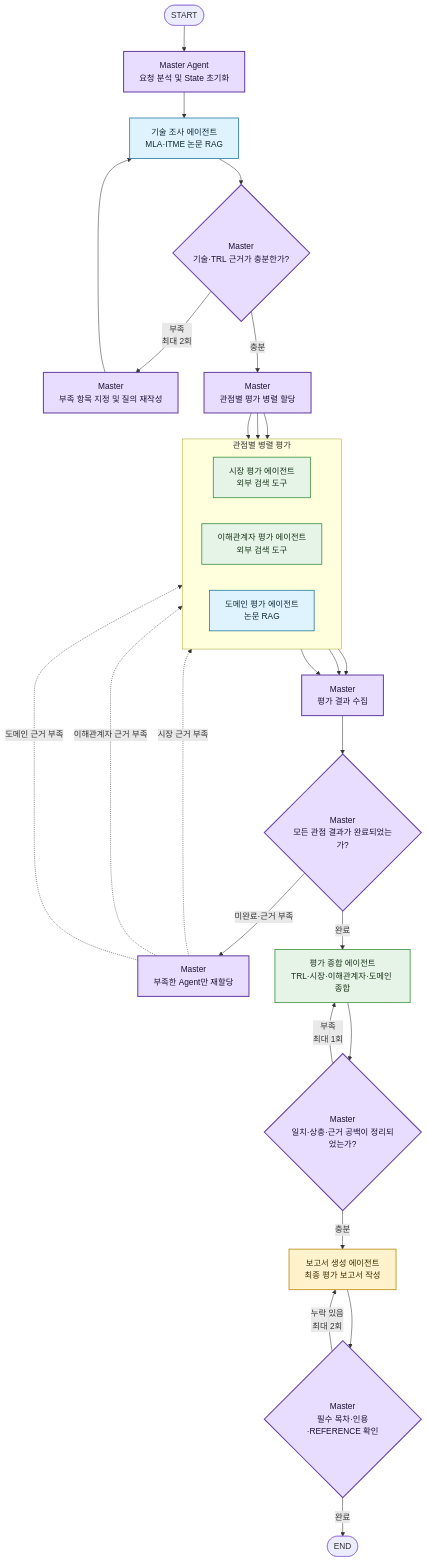
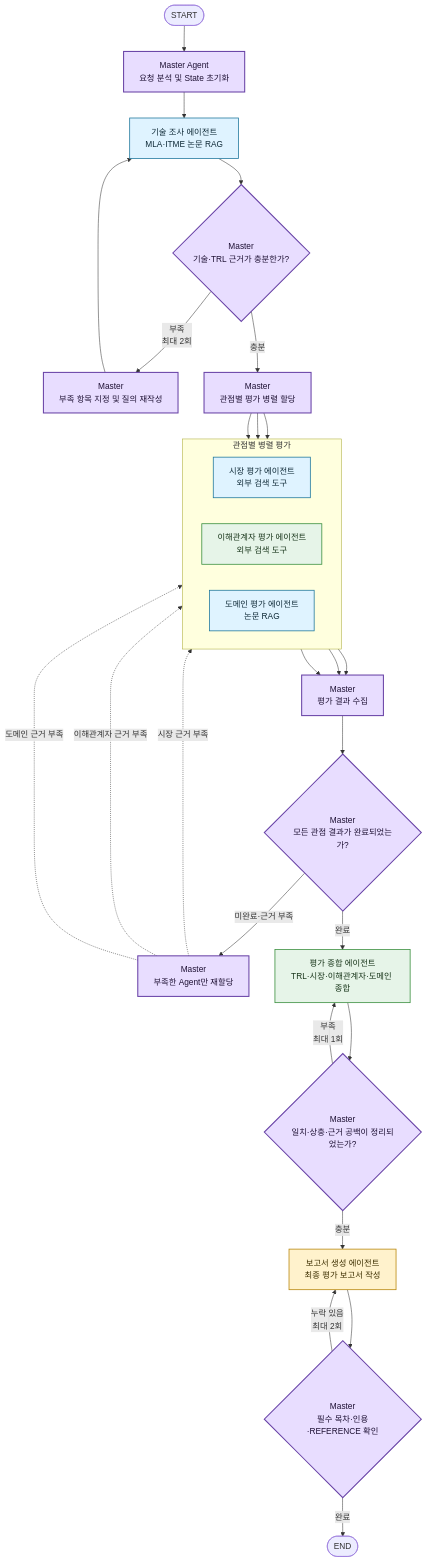
One commit to gyudren/kv-cache-optimization changed the diagram in README.md. Above: the diagram before and after it, drawn with Mermaid. The commit also changed other lines of this file and 63 other files, not shown here.

````diff
--- a/README.md
+++ b/README.md
@@ -46,56 +45,56 @@
 ```mermaid
 flowchart TD
     START([START]) --> SUP_INIT["Master Agent<br/>요청 분석 및 State 초기화"]
 
     SUP_INIT --> TECH["기술 조사 에이전트<br/>MLA·ITME 논문 RAG"]
     TECH --> SUP_TECH{"Master<br/>기술·TRL 근거가 충분한가?"}
 
     SUP_TECH -- "부족<br/>최대 2회" --> QUERY_REWRITE["Master<br/>부족 항목 지정 및 질의 재작성"]
     QUERY_REWRITE --> TECH
 
     SUP_TECH -- "충분" --> SUP_FANOUT["Master<br/>관점별 평가 병렬 할당"]
 
     subgraph PARALLEL["관점별 병렬 평가"]
         direction LR
         MARKET["시장 평가 에이전트<br/>외부 검색 도구"]
         STAKEHOLDER["이해관계자 평가 에이전트<br/>외부 검색 도구"]
         DOMAIN["도메인 평가 에이전트<br/>논문 RAG"]
     end
 
     SUP_FANOUT --> MARKET
     SUP_FANOUT --> STAKEHOLDER
     SUP_FANOUT --> DOMAIN
 
     MARKET --> SUP_JOIN["Master<br/>평가 결과 수집"]
     STAKEHOLDER --> SUP_JOIN
     DOMAIN --> SUP_JOIN
 
     SUP_JOIN --> RESULT_GATE{"Master<br/>모든 관점 결과가 완료되었는가?"}
 
     RESULT_GATE -- "미완료·근거 부족" --> RETRY["Master<br/>부족한 Agent만 재할당"]
     RETRY -. "시장 근거 부족" .-> MARKET
     RETRY -. "이해관계자 근거 부족" .-> STAKEHOLDER
     RETRY -. "도메인 근거 부족" .-> DOMAIN
 
     RESULT_GATE -- "완료" --> SYNTHESIS["평가 종합 에이전트<br/>TRL·시장·이해관계자·도메인 종합"]
 
     SYNTHESIS --> SUP_SYNTHESIS{"Master<br/>일치·상충·근거 공백이 정리되었는가?"}
 
     SUP_SYNTHESIS -- "부족<br/>최대 1회" --> SYNTHESIS
     SUP_SYNTHESIS -- "충분" --> REPORT["보고서 생성 에이전트<br/>최종 평가 보고서 작성"]
 
     REPORT --> SUP_FINAL{"Master<br/>필수 목차·인용·REFERENCE 확인"}
 
     SUP_FINAL -- "누락 있음<br/>최대 2회" --> REPORT
     SUP_FINAL -- "완료" --> END([END])
 
     classDef Master fill:#e8ddff,stroke:#6842a6,stroke-width:2px,color:#1f1235;
     classDef rag fill:#dff3ff,stroke:#20789d,stroke-width:1.5px,color:#102b38;
     classDef evaluation fill:#e6f4e8,stroke:#388e3c,stroke-width:1.5px,color:#18351a;
     classDef report fill:#fff2cc,stroke:#b8860b,stroke-width:1.5px,color:#3d2f00;
 
     class SUP_INIT,SUP_TECH,QUERY_REWRITE,SUP_FANOUT,SUP_JOIN,RESULT_GATE,RETRY,SUP_SYNTHESIS,SUP_FINAL Master;
-    class TECH,DOMAIN rag;
-    class MARKET,STAKEHOLDER,SYNTHESIS evaluation;
+    class TECH,MARKET,DOMAIN rag;
+    class STAKEHOLDER,SYNTHESIS evaluation;
     class REPORT report;
 ```
````
